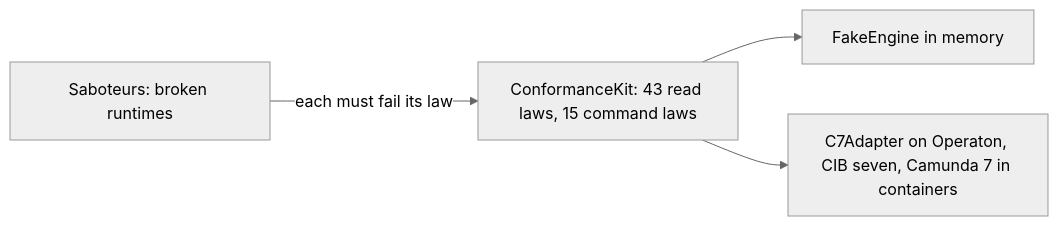
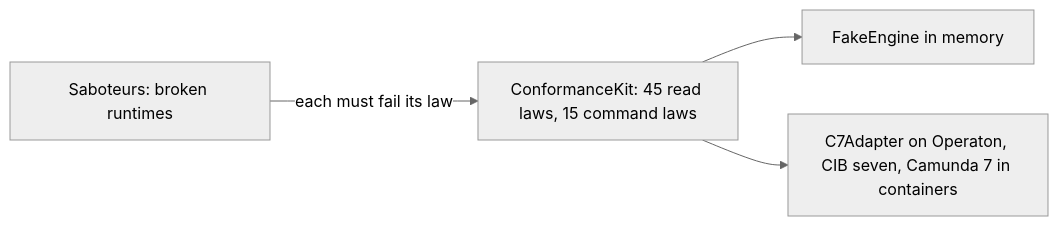
Before and after one commit to Miragon/pulse: the diagram in apps/vscode/docs/adr/runtime-contract.md, drawn with Mermaid (neutral theme). The commit also changed other lines of this file and 27 other files, not shown here.

````diff
--- a/apps/vscode/docs/adr/runtime-contract.md
+++ b/apps/vscode/docs/adr/runtime-contract.md
@@ -165,7 +167,7 @@
 ```mermaid
 flowchart LR
-  kit[ConformanceKit: 43 read laws, 15 command laws]
+  kit[ConformanceKit: 45 read laws, 15 command laws]
   kit --> fake[FakeEngine in memory]
   kit --> c7[C7Adapter on Operaton, CIB seven, Camunda 7 in containers]
   saboteurs[Saboteurs: broken runtimes] -- each must fail its law --> kit
 ```
````
